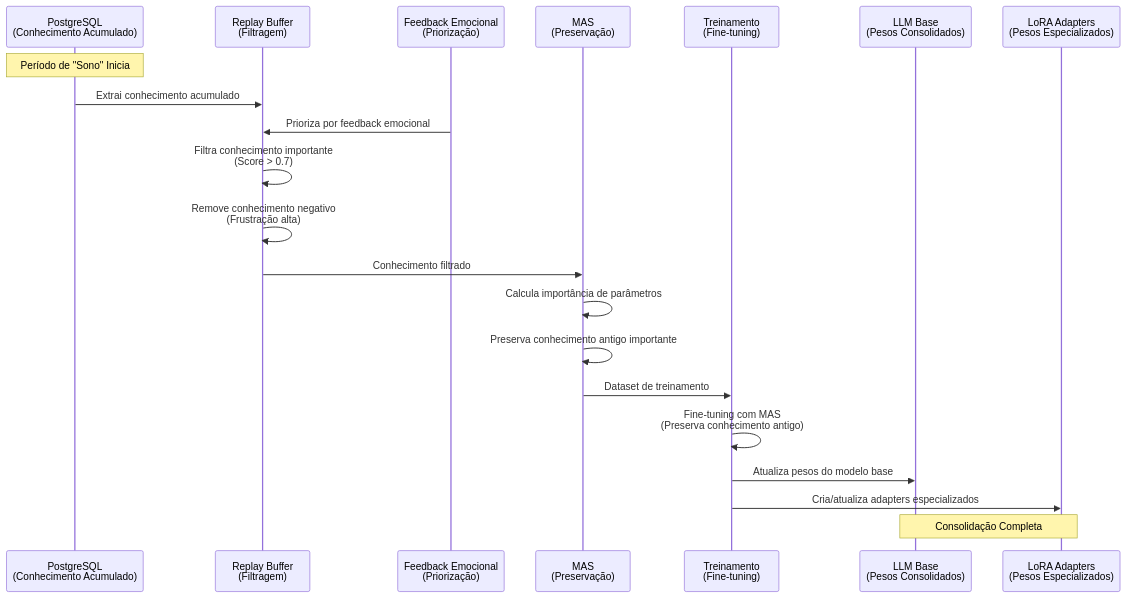
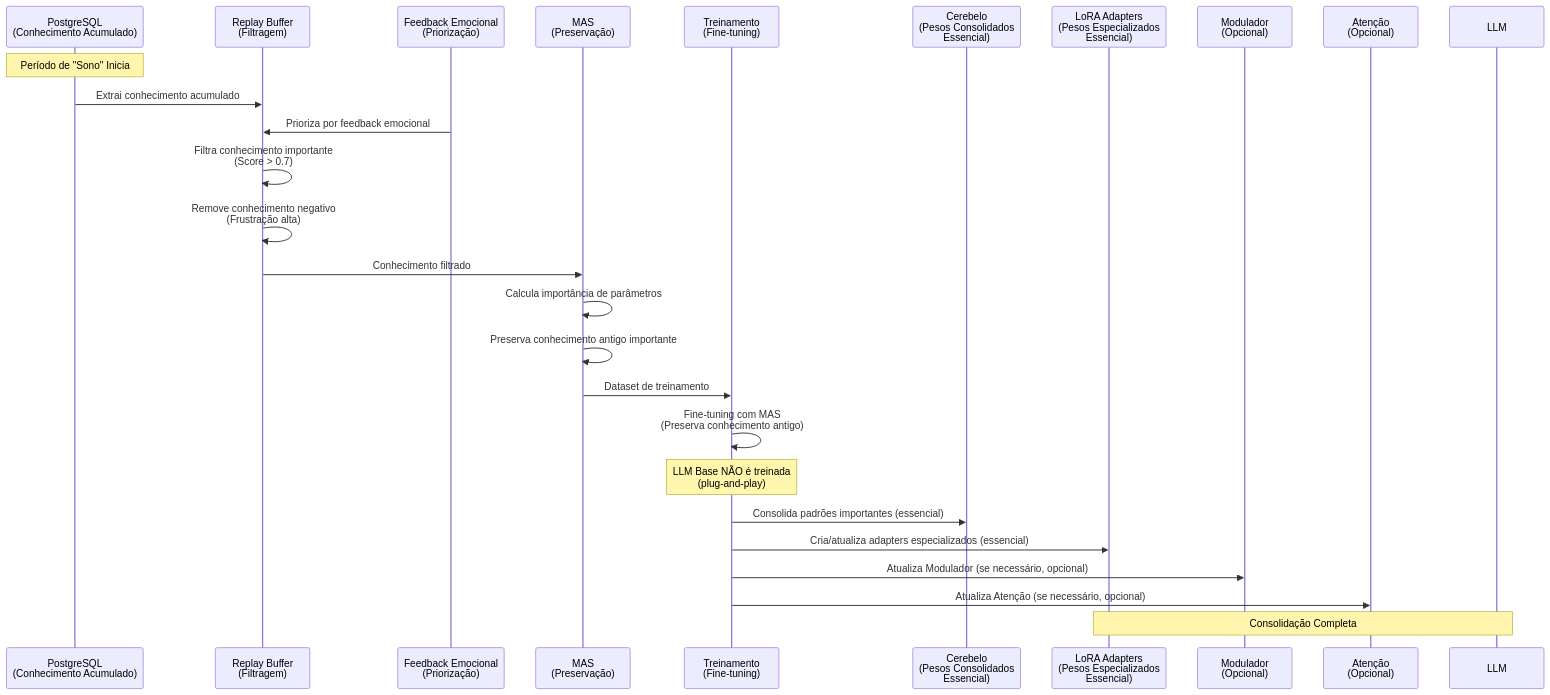
One commit to gabrielcardoso21/npllm changed the seventh of 9 diagrams in docs/mvp-general-assistant/ARQUITETURA-MEMORIA-CONSOLIDACAO.md. Above: the diagram before and after it, drawn with Mermaid. The commit also changed other lines of this file and 3 other files, not shown here.

Commit message:
docs: Revisa classificação de treinamento de LLMs - apenas Cerebelo e LoRA essenciais, LLM Base plug-and-play

````diff
--- a/docs/mvp-general-assistant/ARQUITETURA-MEMORIA-CONSOLIDACAO.md
+++ b/docs/mvp-general-assistant/ARQUITETURA-MEMORIA-CONSOLIDACAO.md
@@ -331,28 +353,33 @@
 ```mermaid
 sequenceDiagram
     participant POSTGRES as PostgreSQL<br/>(Conhecimento Acumulado)
     participant REPLAY as Replay Buffer<br/>(Filtragem)
     participant FEEDBACK as Feedback Emocional<br/>(Priorização)
     participant MAS as MAS<br/>(Preservação)
     participant TRAIN as Treinamento<br/>(Fine-tuning)
-    participant LLM as LLM Base<br/>(Pesos Consolidados)
-    participant LORA as LoRA Adapters<br/>(Pesos Especializados)
+    participant CEREBELO as Cerebelo<br/>(Pesos Consolidados<br/>Essencial)
+    participant LORA as LoRA Adapters<br/>(Pesos Especializados<br/>Essencial)
+    participant MOD as Modulador<br/>(Opcional)
+    participant ATT as Atenção<br/>(Opcional)
     
     Note over POSTGRES: Período de "Sono" Inicia
     POSTGRES->>REPLAY: Extrai conhecimento acumulado
     FEEDBACK->>REPLAY: Prioriza por feedback emocional
     REPLAY->>REPLAY: Filtra conhecimento importante<br/>(Score > 0.7)
     REPLAY->>REPLAY: Remove conhecimento negativo<br/>(Frustração alta)
     
     REPLAY->>MAS: Conhecimento filtrado
     MAS->>MAS: Calcula importância de parâmetros
     MAS->>MAS: Preserva conhecimento antigo importante
     
     MAS->>TRAIN: Dataset de treinamento
     TRAIN->>TRAIN: Fine-tuning com MAS<br/>(Preserva conhecimento antigo)
     
-    TRAIN->>LLM: Atualiza pesos do modelo base
-    TRAIN->>LORA: Cria/atualiza adapters especializados
+    Note over TRAIN: LLM Base NÃO é treinada<br/>(plug-and-play)
+    TRAIN->>CEREBELO: Consolida padrões importantes (essencial)
+    TRAIN->>LORA: Cria/atualiza adapters especializados (essencial)
+    TRAIN->>MOD: Atualiza Modulador (se necessário, opcional)
+    TRAIN->>ATT: Atualiza Atenção (se necessário, opcional)
     
     Note over LLM,LORA: Consolidação Completa
 ```
````
